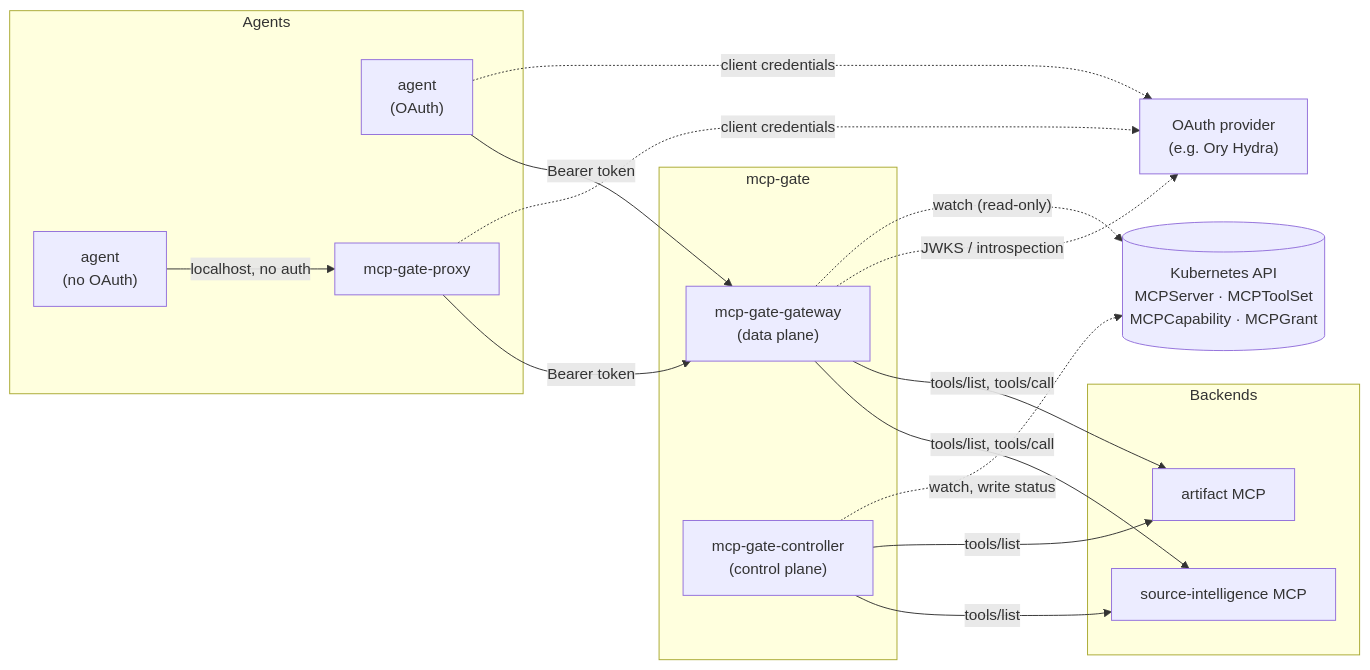
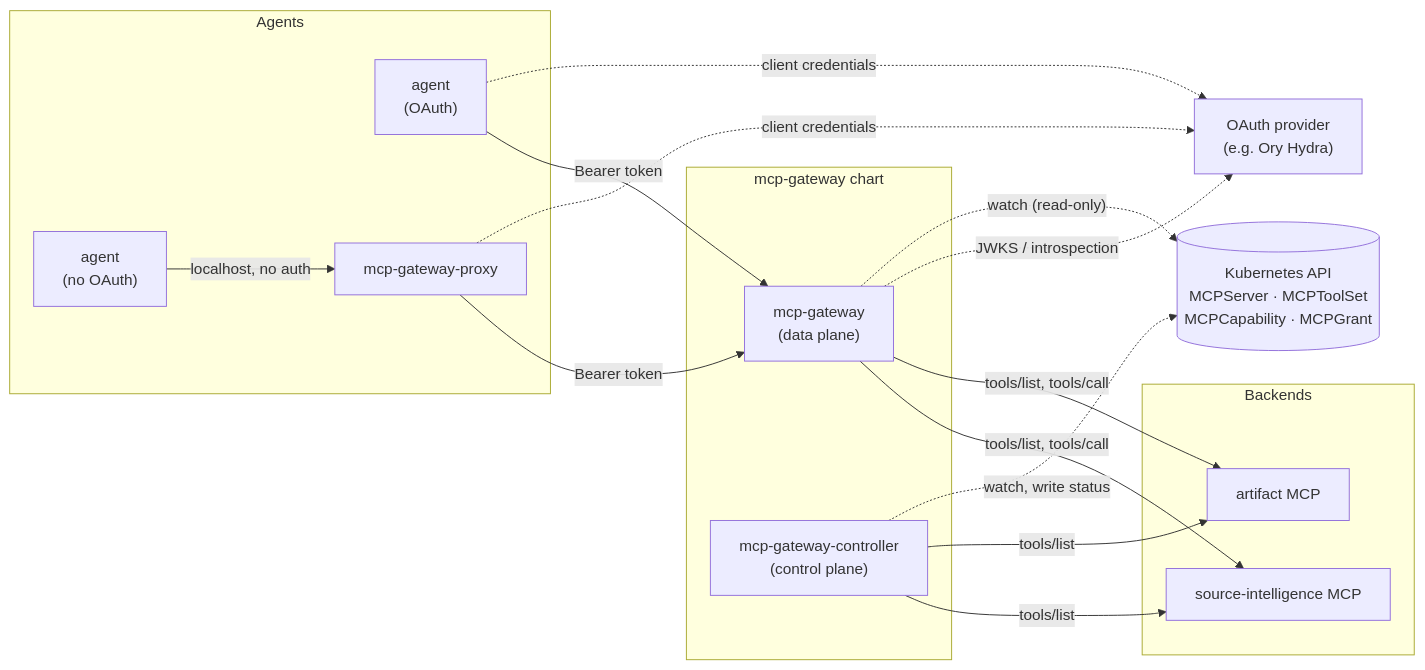
One commit to metapatrol/mcp-gateway changed the diagram in README.md. Above: the diagram before and after it, drawn with Mermaid. The commit also changed other lines of this file and 123 other files, not shown here.

First line of the commit message:
refactor!: rename the project to mcp-gateway

````diff
--- a/README.md
+++ b/README.md
@@ -17,36 +17,36 @@
 ```mermaid
 graph LR
     subgraph Agents
         A1["agent<br/>(OAuth)"]
         A2["agent<br/>(no OAuth)"]
-        P["mcp-gate-proxy"]
+        P["mcp-gateway-proxy"]
     end
 
-    subgraph "mcp-gate"
-        GW["mcp-gate-gateway<br/>(data plane)"]
-        CT["mcp-gate-controller<br/>(control plane)"]
+    subgraph "mcp-gateway chart"
+        GW["mcp-gateway<br/>(data plane)"]
+        CT["mcp-gateway-controller<br/>(control plane)"]
     end
 
     subgraph Backends
         SI["source-intelligence MCP"]
         AR["artifact MCP"]
     end
 
     IDP["OAuth provider<br/>(e.g. Ory Hydra)"]
     K8S[("Kubernetes API<br/>MCPServer · MCPToolSet<br/>MCPCapability · MCPGrant")]
 
     A1 -->|"Bearer token"| GW
     A2 -->|"localhost, no auth"| P
     P -->|"Bearer token"| GW
     A1 -.->|"client credentials"| IDP
     P -.->|"client credentials"| IDP
 
     GW -->|"tools/list, tools/call"| SI
     GW -->|"tools/list, tools/call"| AR
     GW -.->|"JWKS / introspection"| IDP
     GW -.->|"watch (read-only)"| K8S
 
     CT -->|"tools/list"| SI
     CT -->|"tools/list"| AR
     CT -.->|"watch, write status"| K8S
 ```
````
